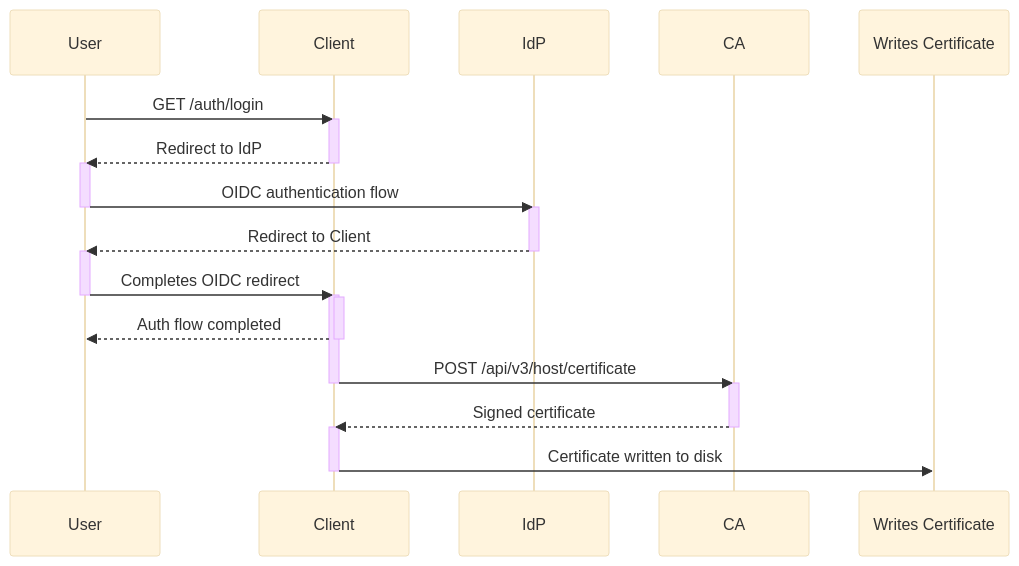
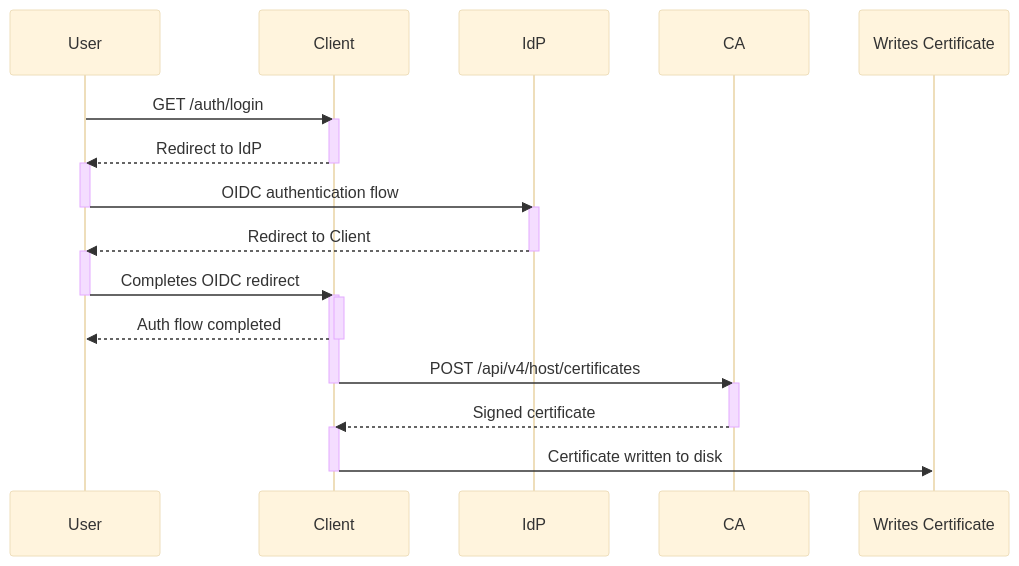
The third of 4 diagrams in packages/core/README.md (andrewheberle/serverless-ssh-ca), drawn with Mermaid (base theme) before and after one commit. The commit also changed other lines of this file, not shown here.

Commit message:
chore(docs): update examples in README for v4 api (#498)

````diff
--- a/packages/core/README.md
+++ b/packages/core/README.md
@@ -191,28 +191,28 @@
 ```mermaid
 sequenceDiagram
     User->>Client: GET /auth/login
     activate Client
     Client-->>User: Redirect to IdP
     deactivate Client
     activate User
     User->>IdP: OIDC authentication flow
     deactivate User
     activate IdP
     IdP-->>User: Redirect to Client
     deactivate IdP
     activate User
     User->>Client: Completes OIDC redirect
     deactivate User
     activate Client
     activate Client
     Client-->>User: Auth flow completed
     deactivate Client
-    Client->>CA: POST /api/v3/host/certificate
+    Client->>CA: POST /api/v4/host/certificates
     deactivate Client
     activate CA
     CA-->>Client: Signed certificate
     deactivate CA
     activate Client
     Client->>Writes Certificate: Certificate written to disk
     deactivate Client
 ```
````
